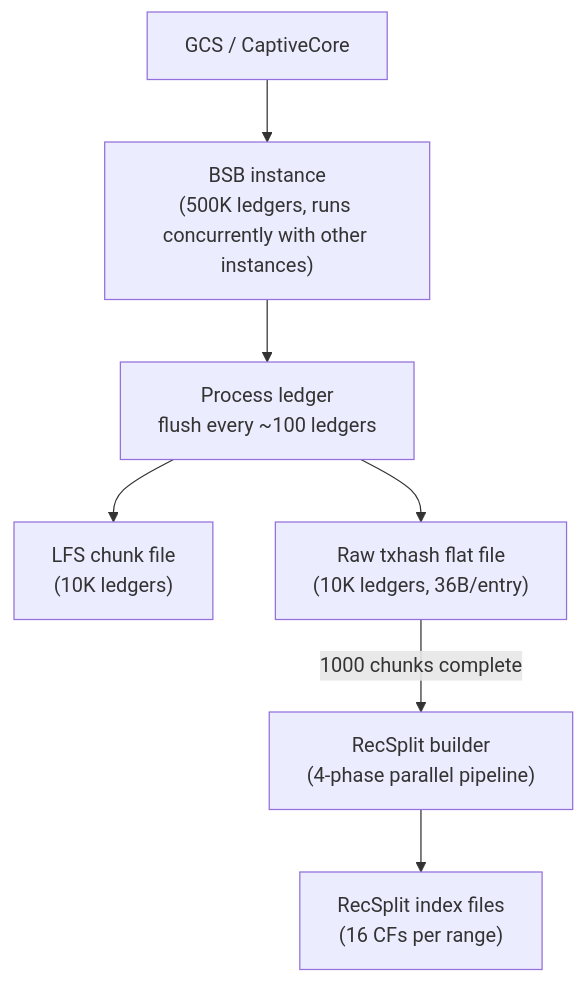
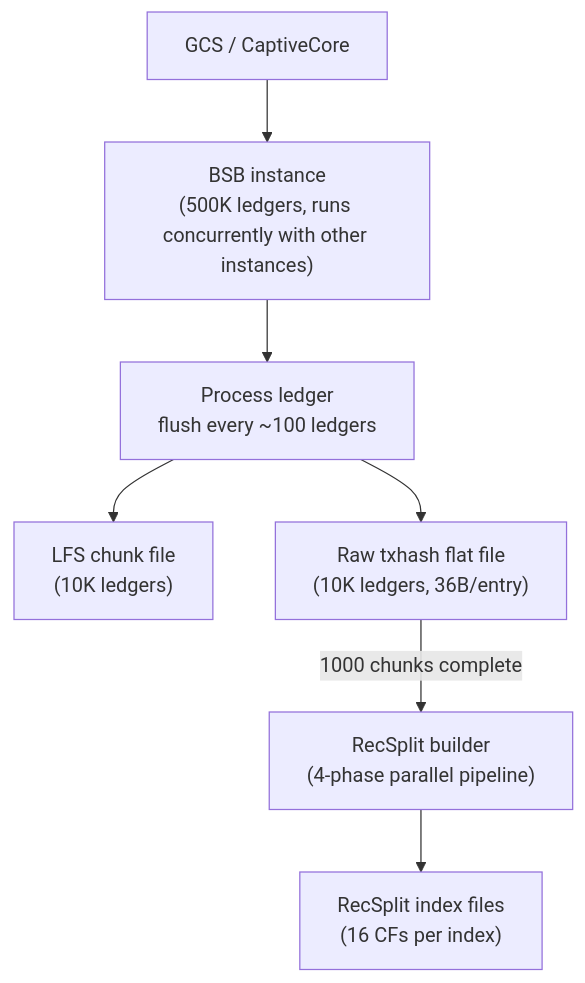
One commit to stellar/stellar-rpc changed the seventh of 12 diagrams in full-history/design-docs/01-architecture-overview.md. Above: the diagram before and after it, drawn with Mermaid. The commit also changed other lines of this file, not shown here.

Commit message:
docs: 01-architecture-overview — range→index sweep

````diff
--- a/full-history/design-docs/01-architecture-overview.md
+++ b/full-history/design-docs/01-architecture-overview.md
@@ -190,9 +192,9 @@
 ```mermaid
 flowchart TD
     A["GCS / CaptiveCore"] --> B["BSB instance<br/>(500K ledgers, runs concurrently with other instances)"]
     B --> C["Process ledger<br/>flush every ~100 ledgers"]
     C --> D["LFS chunk file<br/>(10K ledgers)"]
     C --> E["Raw txhash flat file<br/>(10K ledgers, 36B/entry)"]
     E -->|"1000 chunks complete"| F["RecSplit builder<br/>(4-phase parallel pipeline)"]
-    F --> G["RecSplit index files<br/>(16 CFs per range)"]
+    F --> G["RecSplit index files<br/>(16 CFs per index)"]
 ```
````
